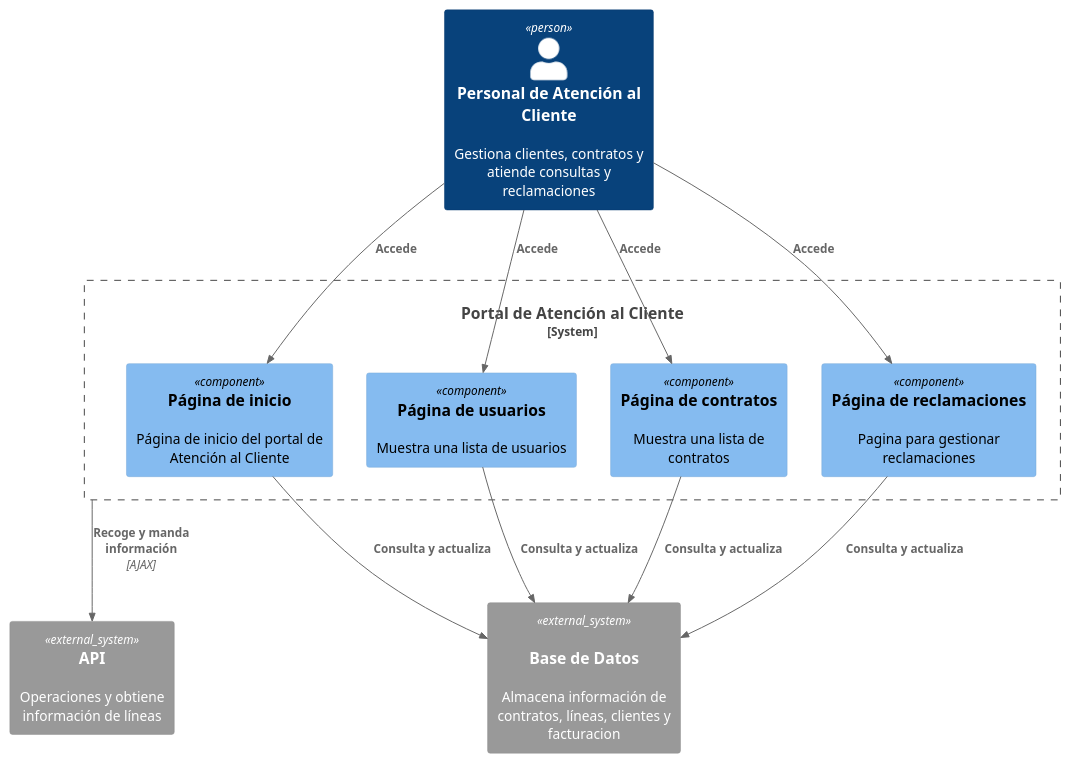
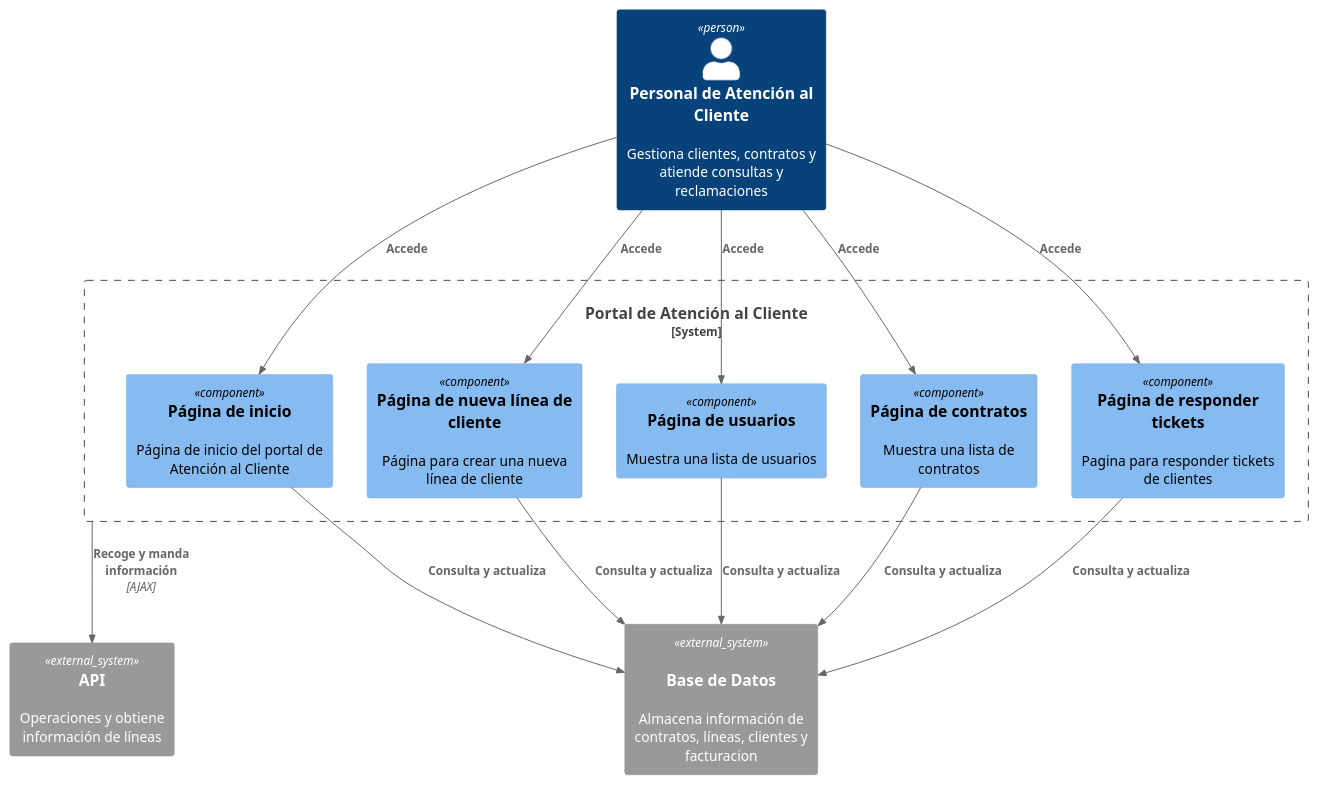
The diagram in docs/diagrams/PAtencionClienteComponentDiagram.puml (davidbp10/iw2023-2024-MovilUCA), drawn with PlantUML before and after one commit. The commit also changed 9 other files, not shown here.

```diff
--- a/docs/diagrams/PAtencionClienteComponentDiagram.puml
+++ b/docs/diagrams/PAtencionClienteComponentDiagram.puml
@@ -1,32 +1,35 @@
 @startuml PAtencionClienteComponentDiagram
 !include https://raw.githubusercontent.com/plantuml-stdlib/C4-PlantUML/master/C4_Component.puml
 
 
 Person(atencioncliente, "Personal de Atención al Cliente", "Gestiona clientes, contratos y atiende consultas y reclamaciones")
 
 System_Boundary(pac, "Portal de Atención al Cliente", ,"Gestiona la información de clientes") {
 
         Component( pi, "Página de inicio", , "Página de inicio del portal de Atención al Cliente")
+        Component( pn, "Página de nueva línea de cliente", , "Página para crear una nueva línea de cliente")
         Component( pu, "Página de usuarios", , "Muestra una lista de usuarios")
         Component( pc, "Página de contratos", , "Muestra una lista de contratos")
-        Component( pr, "Página de reclamaciones", , "Pagina para gestionar reclamaciones")
+        Component( pr, "Página de responder tickets", , "Pagina para responder tickets de clientes")
 }
 
 System_Ext(bd, "Base de Datos","Almacena información de contratos, líneas, clientes y facturacion", "MySQL")
 System_Ext(api, "API", "Operaciones y obtiene información de líneas")
 
 
 Rel(atencioncliente,pi,"Accede")
+Rel(atencioncliente,pn,"Accede")
 Rel(atencioncliente,pu,"Accede")
 Rel(atencioncliente,pc,"Accede")
 Rel(atencioncliente,pr,"Accede")
 
 Rel(pac,api,"Recoge y manda información","AJAX")
 
 Rel(pi, bd, "Consulta y actualiza")
+Rel(pn, bd, "Consulta y actualiza")
 Rel(pu, bd, "Consulta y actualiza")
 Rel(pc, bd, "Consulta y actualiza")
 Rel(pr, bd, "Consulta y actualiza")
 
 
 @enduml
```
